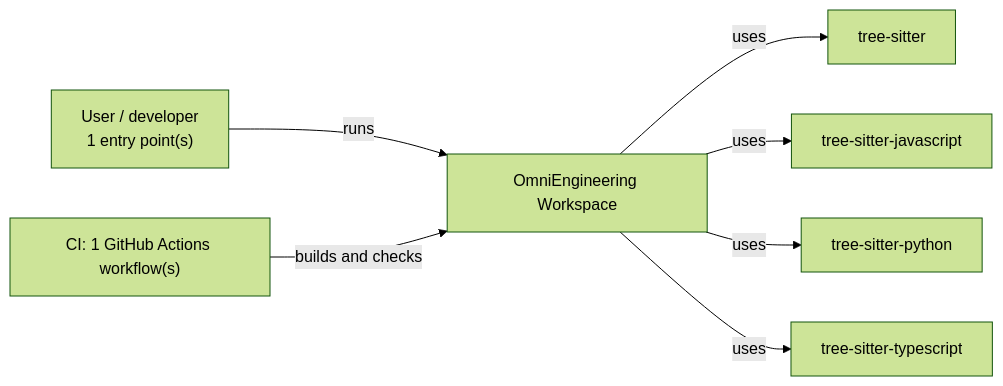
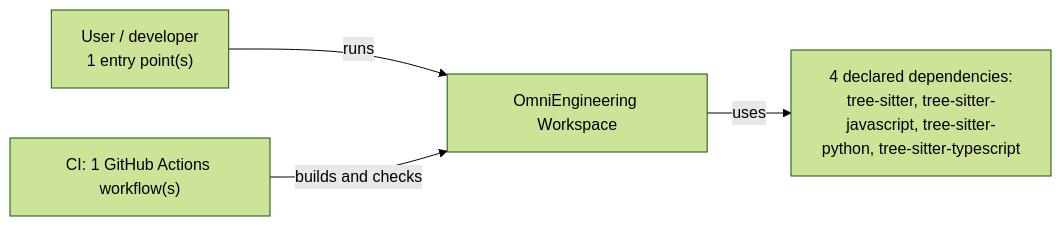
The first of 5 diagrams in docs/generated/architecture.md (M4K4TT4CK/OmniEngineering), drawn with Mermaid (forest theme) before and after one commit. The commit also changed other lines of this file and 10 other files, not shown here.

````diff
--- a/docs/generated/architecture.md
+++ b/docs/generated/architecture.md
@@ -26,16 +23,10 @@
 ```mermaid
 flowchart LR
     x_system["OmniEngineering Workspace"]
     x_user["User / developer<br/>1 entry point(s)"]
     x_user -->|runs| x_system
-    x_dep_tree_sitter["tree-sitter"]
-    x_system -->|uses| x_dep_tree_sitter
-    x_dep_tree_sitter_javascript["tree-sitter-javascript"]
-    x_system -->|uses| x_dep_tree_sitter_javascript
-    x_dep_tree_sitter_python["tree-sitter-python"]
-    x_system -->|uses| x_dep_tree_sitter_python
-    x_dep_tree_sitter_typescript["tree-sitter-typescript"]
-    x_system -->|uses| x_dep_tree_sitter_typescript
+    x_deps["4 declared dependencies:<br/>tree-sitter, tree-sitter-javascript, tree-sitter-python, tree-sitter-typescript"]
+    x_system -->|uses| x_deps
     x_ci["CI: 1 GitHub Actions workflow(s)"]
     x_ci -->|builds and checks| x_system
 ```
````
